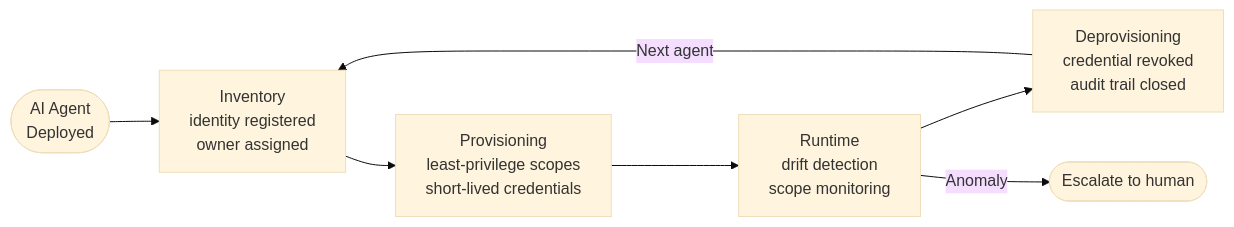
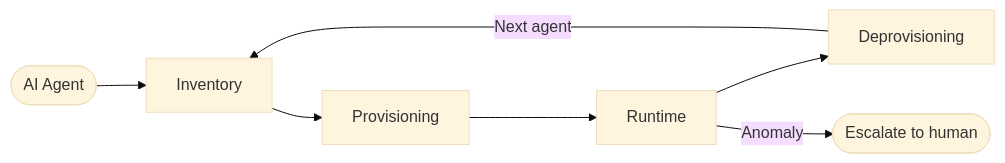
Before and after one commit to CyberdaemonAI/cyberdaemon-site: the first of 4 diagrams in src/content/research/nhi-agentic.mdx, drawn with Mermaid (base theme). The commit also changed 10 other files, not shown here.

First line of the commit message:
fix(content): mermaid single-line labels, lint clean, workflow auth

````diff
--- a/src/content/research/nhi-agentic.mdx
+++ b/src/content/research/nhi-agentic.mdx
@@ -34,9 +34,9 @@
 ```mermaid
 flowchart LR
-    A(["AI Agent\nDeployed"]) --> B["Inventory\nidentity registered\nowner assigned"]
-    B --> C["Provisioning\nleast-privilege scopes\nshort-lived credentials"]
-    C --> D["Runtime\ndrift detection\nscope monitoring"]
-    D --> E["Deprovisioning\ncredential revoked\naudit trail closed"]
+    A([AI Agent]) --> B[Inventory]
+    B --> C[Provisioning]
+    C --> D[Runtime]
+    D --> E[Deprovisioning]
     E -->|Next agent| B
     D -->|Anomaly| F([Escalate to human])
 ```
````
